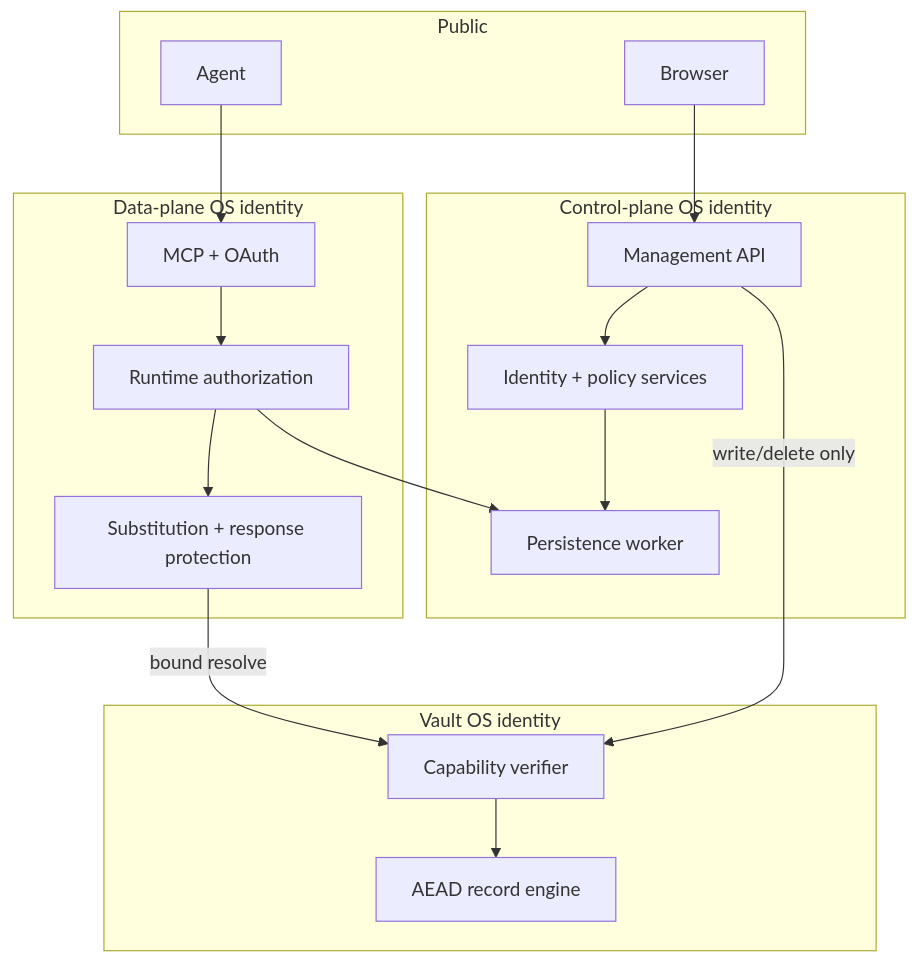
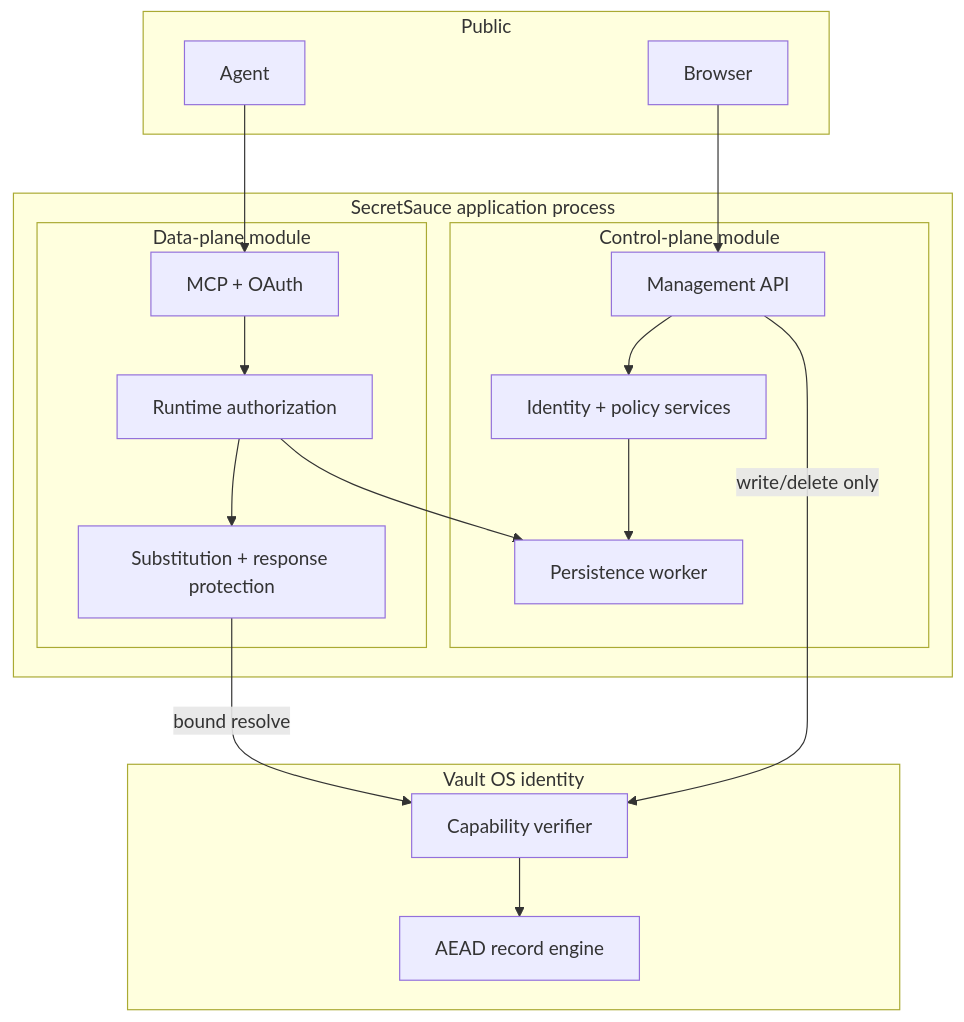
Before and after one commit to mrworf/secretsauce-mcp: the second of 3 diagrams in docs/architecture/v2/system-architecture.md, drawn with Mermaid. The commit also changed other lines of this file and 13 other files, not shown here.

Commit message:
fix: share persistence across application listeners

````diff
--- a/docs/architecture/v2/system-architecture.md
+++ b/docs/architecture/v2/system-architecture.md
@@ -38,27 +45,29 @@
 ```mermaid
 flowchart TB
   subgraph Public
     A[Agent]
     B[Browser]
   end
-  subgraph DataPlane["Data-plane OS identity"]
-    M[MCP + OAuth]
-    R[Runtime authorization]
-    X[Substitution + response protection]
-  end
-  subgraph ControlPlane["Control-plane OS identity"]
-    C[Management API]
-    I[Identity + policy services]
-    P[Persistence worker]
+  subgraph Application["SecretSauce application process"]
+    subgraph DataPlane["Data-plane module"]
+      M[MCP + OAuth]
+      R[Runtime authorization]
+      X[Substitution + response protection]
+    end
+    subgraph ControlPlane["Control-plane module"]
+      C[Management API]
+      I[Identity + policy services]
+      P[Persistence worker]
+    end
   end
   subgraph VaultBoundary["Vault OS identity"]
     V[Capability verifier]
     E[AEAD record engine]
   end
   A --> M --> R --> X
   B --> C --> I --> P
   R --> P
   X -->|bound resolve| V
   C -->|write/delete only| V
   V --> E
 ```
````
